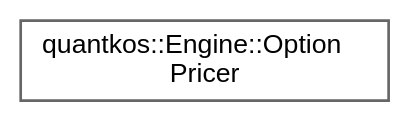
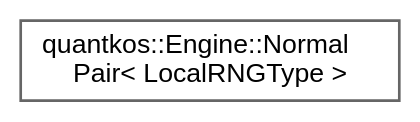
The diagram in dev-zen/inherit_graph_27.dot (zeno-geddo/QuantKos), drawn with Graphviz before and after one commit. The commit also changed 171 other files, not shown here.

```diff
--- a/dev-zen/inherit_graph_27.dot
+++ b/dev-zen/inherit_graph_27.dot
@@ -1,9 +1,9 @@
 digraph "Graphical Class Hierarchy"
 {
  // LATEX_PDF_SIZE
   bgcolor="transparent";
   edge [fontname=Helvetica,fontsize=10,labelfontname=Helvetica,labelfontsize=10];
   node [fontname=Helvetica,fontsize=10,shape=box,height=0.2,width=0.4];
   rankdir="LR";
-  Node0 [id="Node000000",label="quantkos::Engine::Option\lPricer",height=0.2,width=0.4,color="grey40", fillcolor="white", style="filled",URL="$classquantkos_1_1Engine_1_1OptionPricer.html",tooltip="Evaluates and reports final statistical metrics from Monte Carlo simulation payoffs."];
+  Node0 [id="Node000000",label="quantkos::Engine::Normal\lPair\< LocalRNGType \>",height=0.2,width=0.4,color="grey40", fillcolor="white", style="filled",URL="$structquantkos_1_1Engine_1_1NormalPair.html",tooltip="Generates two independent Normal Random Variables Uses branchless Box-Muller on GPU to maximize Warp ..."];
 }
```
